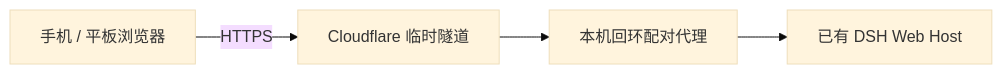
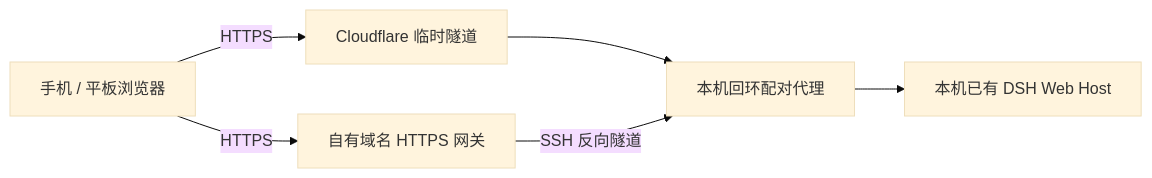
One commit to slicenferqin/dsh-remote-control changed the diagram in README.md. Above: the diagram before and after it, drawn with Mermaid (base theme). The commit also changed other lines of this file and 19 other files, not shown here.

Commit message:
feat: add persistent fixed HTTPS entry over SSH

````diff
--- a/README.md
+++ b/README.md
@@ -19,6 +21,8 @@
 ```mermaid
 flowchart LR
-  Phone["手机 / 平板浏览器"] -->|HTTPS| Tunnel["Cloudflare 临时隧道"]
-  Tunnel --> Bridge["本机回环配对代理"]
-  Bridge --> DSH["已有 DSH Web Host"]
+  Phone["手机 / 平板浏览器"] -->|HTTPS| Quick["Cloudflare 临时隧道"]
+  Phone -->|HTTPS| Gateway["自有域名 HTTPS 网关"]
+  Quick --> Bridge["本机回环配对代理"]
+  Gateway -->|SSH 反向隧道| Bridge
+  Bridge --> DSH["本机已有 DSH Web Host"]
 ```
````
